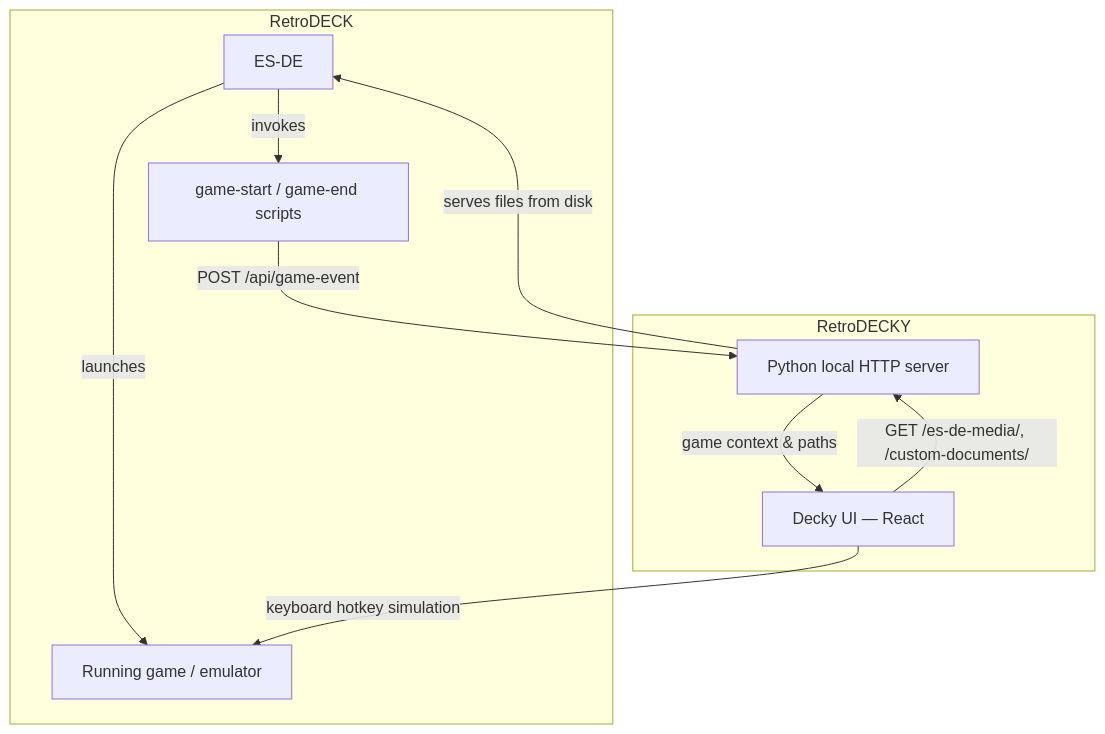
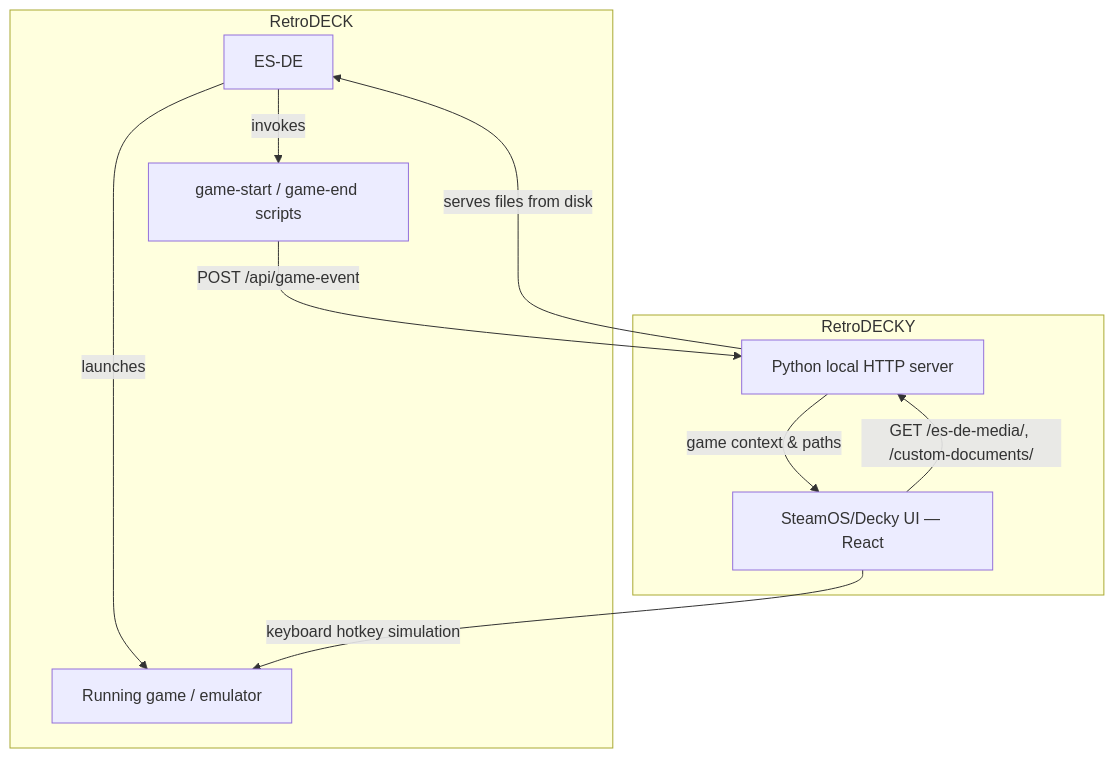
Before and after one commit to Teppichseite/RetroDECKY: the diagram in README.md, drawn with Mermaid.

````diff
--- a/README.md
+++ b/README.md
@@ -129,21 +129,21 @@
 ```mermaid
 flowchart TB
     subgraph retrodeck["RetroDECK"]
         ES["ES-DE"]
         Game["Running game / emulator"]
         Scripts["game-start / game-end scripts"]
     end
 
     subgraph plugin["RetroDECKY"]
-        UI["Decky UI — React"]
+        UI["SteamOS/Decky UI — React"]
         Py["Python local HTTP server"]
     end
 
     ES -->|"launches"| Game
     ES -->|"invokes"| Scripts
     Scripts -->|"POST /api/game-event"| Py
     Py -->|"game context & paths"| UI
     UI -->|"GET /es-de-media/, /custom-documents/"| Py
     Py -->|"serves files from disk"| ES
     UI -->|"keyboard hotkey simulation"| Game
 ```
````
